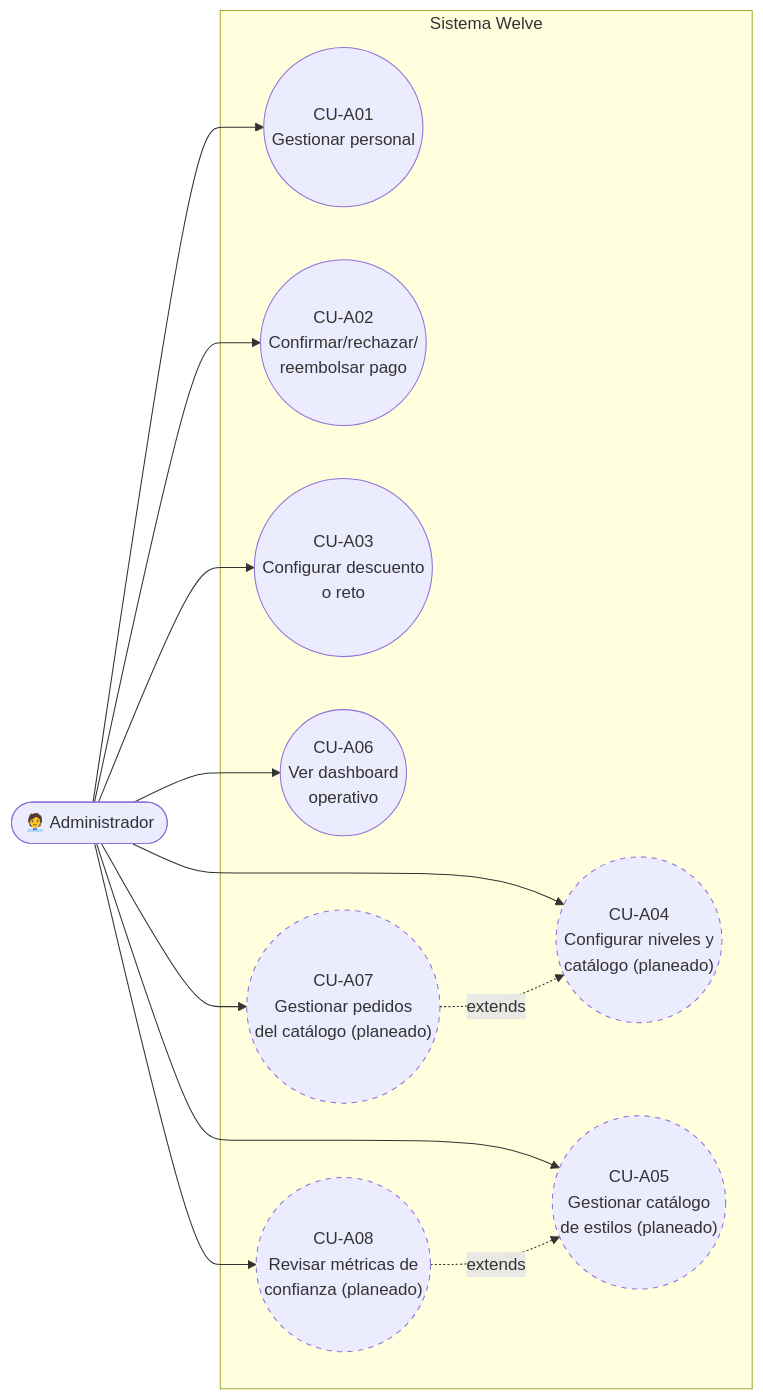
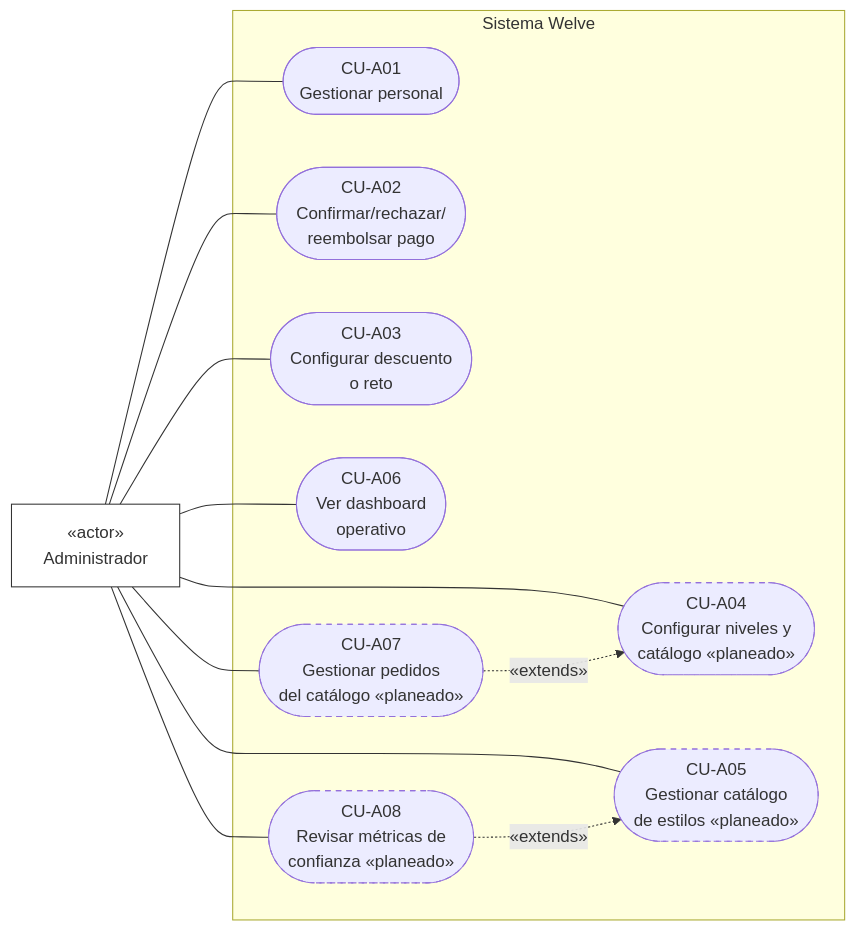
Before and after one commit to Alezzandromv/welve: the third of 3 diagrams in docs/tesis/02_CASOS_DE_USO_UML.md, drawn with Mermaid. The commit also changed other lines of this file and 3 other files, not shown here.

````diff
--- a/docs/tesis/02_CASOS_DE_USO_UML.md
+++ b/docs/tesis/02_CASOS_DE_USO_UML.md
@@ -75,30 +88,33 @@
 ```mermaid
 flowchart LR
-    Admin(["🧑‍💼 Administrador"])
+    Admin["«actor»<br/>Administrador"]
 
-    subgraph Welve3["Sistema Welve"]
-        CUA01(("CU-A01<br/>Gestionar personal"))
-        CUA02(("CU-A02<br/>Confirmar/rechazar/<br/>reembolsar pago"))
-        CUA03(("CU-A03<br/>Configurar descuento<br/>o reto"))
-        CUA04(("CU-A04<br/>Configurar niveles y<br/>catálogo (planeado)"))
-        CUA05(("CU-A05<br/>Gestionar catálogo<br/>de estilos (planeado)"))
-        CUA06(("CU-A06<br/>Ver dashboard<br/>operativo"))
-        CUA07(("CU-A07<br/>Gestionar pedidos<br/>del catálogo (planeado)"))
-        CUA08(("CU-A08<br/>Revisar métricas de<br/>confianza (planeado)"))
+    subgraph SistemaA["Sistema Welve"]
+        CUA01(["CU-A01<br/>Gestionar personal"])
+        CUA02(["CU-A02<br/>Confirmar/rechazar/<br/>reembolsar pago"])
+        CUA03(["CU-A03<br/>Configurar descuento<br/>o reto"])
+        CUA04(["CU-A04<br/>Configurar niveles y<br/>catálogo «planeado»"])
+        CUA05(["CU-A05<br/>Gestionar catálogo<br/>de estilos «planeado»"])
+        CUA06(["CU-A06<br/>Ver dashboard<br/>operativo"])
+        CUA07(["CU-A07<br/>Gestionar pedidos<br/>del catálogo «planeado»"])
+        CUA08(["CU-A08<br/>Revisar métricas de<br/>confianza «planeado»"])
     end
 
-    Admin --> CUA01
-    Admin --> CUA02
-    Admin --> CUA03
-    Admin --> CUA04
-    Admin --> CUA05
-    Admin --> CUA06
-    Admin --> CUA07
-    Admin --> CUA08
+    Admin --- CUA01
+    Admin --- CUA02
+    Admin --- CUA03
+    Admin --- CUA04
+    Admin --- CUA05
+    Admin --- CUA06
+    Admin --- CUA07
+    Admin --- CUA08
 
-    CUA07 -. "extends" .-> CUA04
-    CUA08 -. "extends" .-> CUA05
+    CUA07 -. "«extends»" .-> CUA04
+    CUA08 -. "«extends»" .-> CUA05
+
+    classDef actor fill:#fff,stroke:#333,stroke-width:1px
+    class Admin actor
 
     classDef planeado stroke-dasharray: 5 5
     class CUA04,CUA05,CUA07,CUA08 planeado
 ```
````
